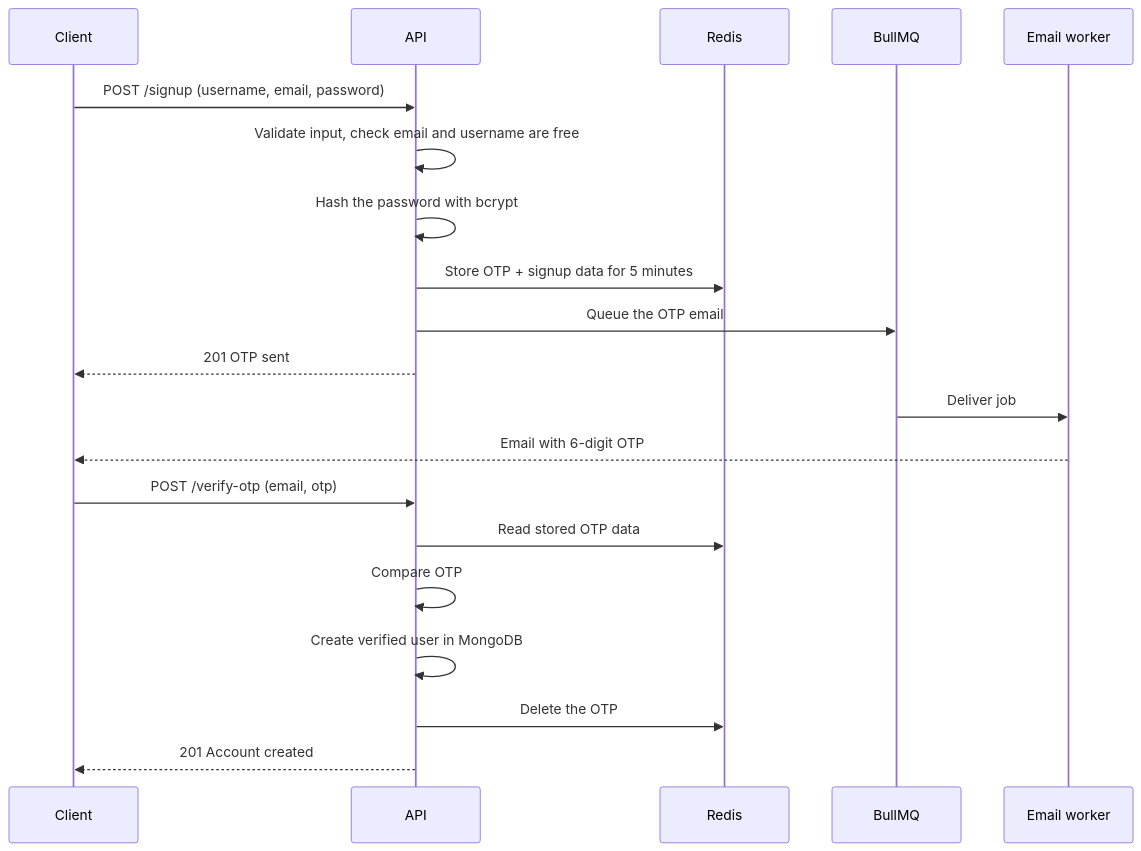
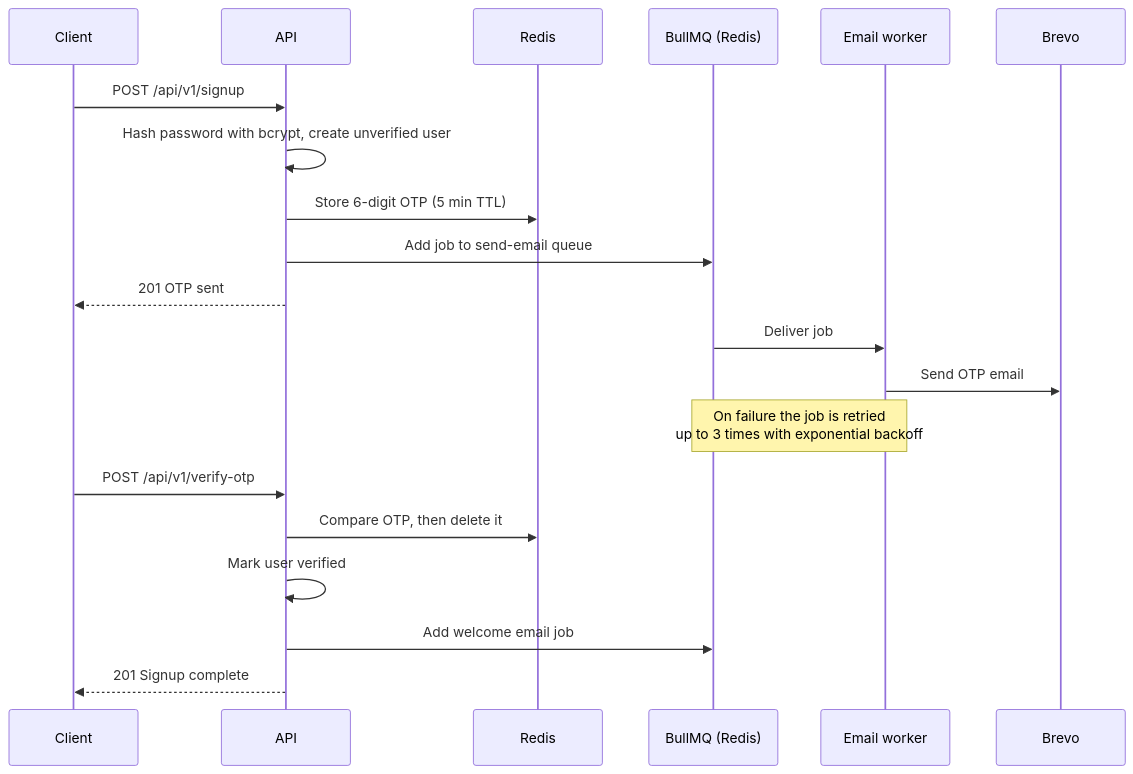
The second of 6 diagrams in README.md (nikhilsingh2764/scalable-authentication-api), drawn with Mermaid before and after one commit. The commit also changed other lines of this file, not shown here.

First line of the commit message:
Revise README for Authentication API enhancements

````diff
--- a/README.md
+++ b/README.md
@@ -107,24 +102,23 @@
 ```mermaid
 sequenceDiagram
     participant C as Client
     participant A as API
     participant R as Redis
-    participant Q as BullMQ
-    participant E as Email worker
+    participant Q as BullMQ (Redis)
+    participant W as Email worker
+    participant B as Brevo
 
-    C->>A: POST /signup (username, email, password)
-    A->>A: Validate input, check email and username are free
-    A->>A: Hash the password with bcrypt
-    A->>R: Store OTP + signup data for 5 minutes
-    A->>Q: Queue the OTP email
+    C->>A: POST /api/v1/signup
+    A->>A: Hash password with bcrypt, create unverified user
+    A->>R: Store 6-digit OTP (5 min TTL)
+    A->>Q: Add job to send-email queue
     A-->>C: 201 OTP sent
-    Q->>E: Deliver job
-    E-->>C: Email with 6-digit OTP
-
-    C->>A: POST /verify-otp (email, otp)
-    A->>R: Read stored OTP data
-    A->>A: Compare OTP
-    A->>A: Create verified user in MongoDB
-    A->>R: Delete the OTP
-    A-->>C: 201 Account created
+    Q->>W: Deliver job
+    W->>B: Send OTP email
+    Note over W,Q: On failure the job is retried<br/>up to 3 times with exponential backoff
+    C->>A: POST /api/v1/verify-otp
+    A->>R: Compare OTP, then delete it
+    A->>A: Mark user verified
+    A->>Q: Add welcome email job
+    A-->>C: 201 Signup complete
 ```
````
